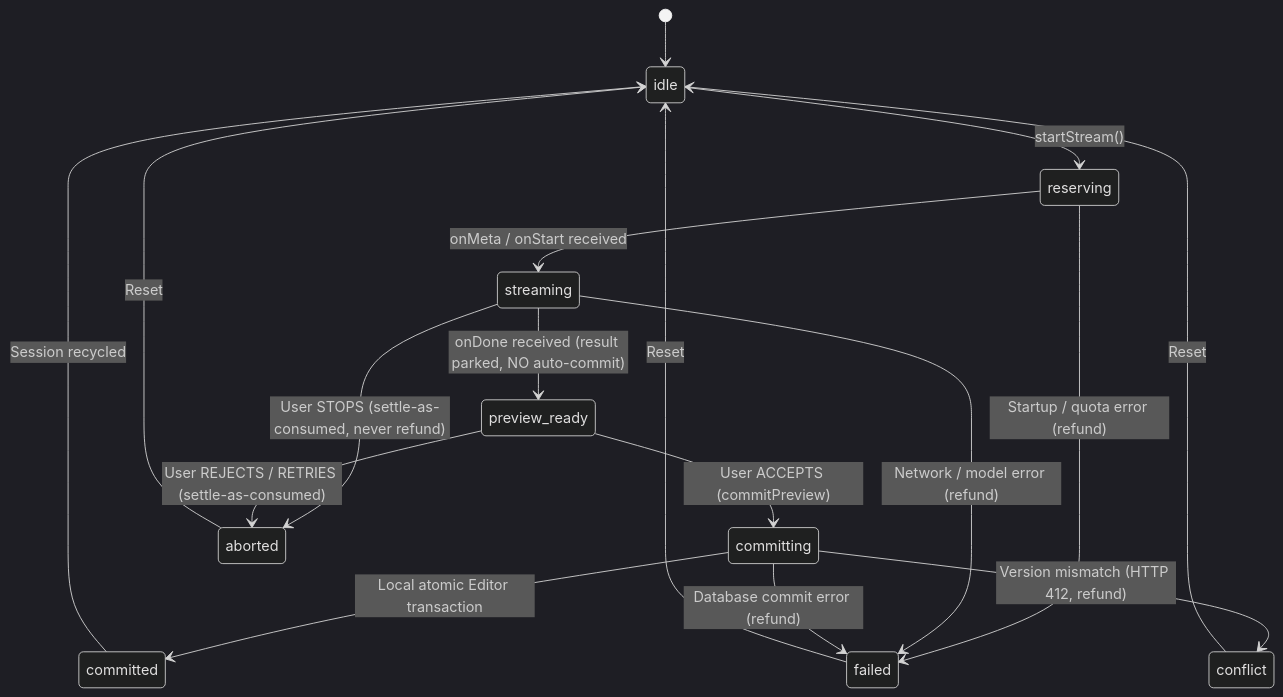
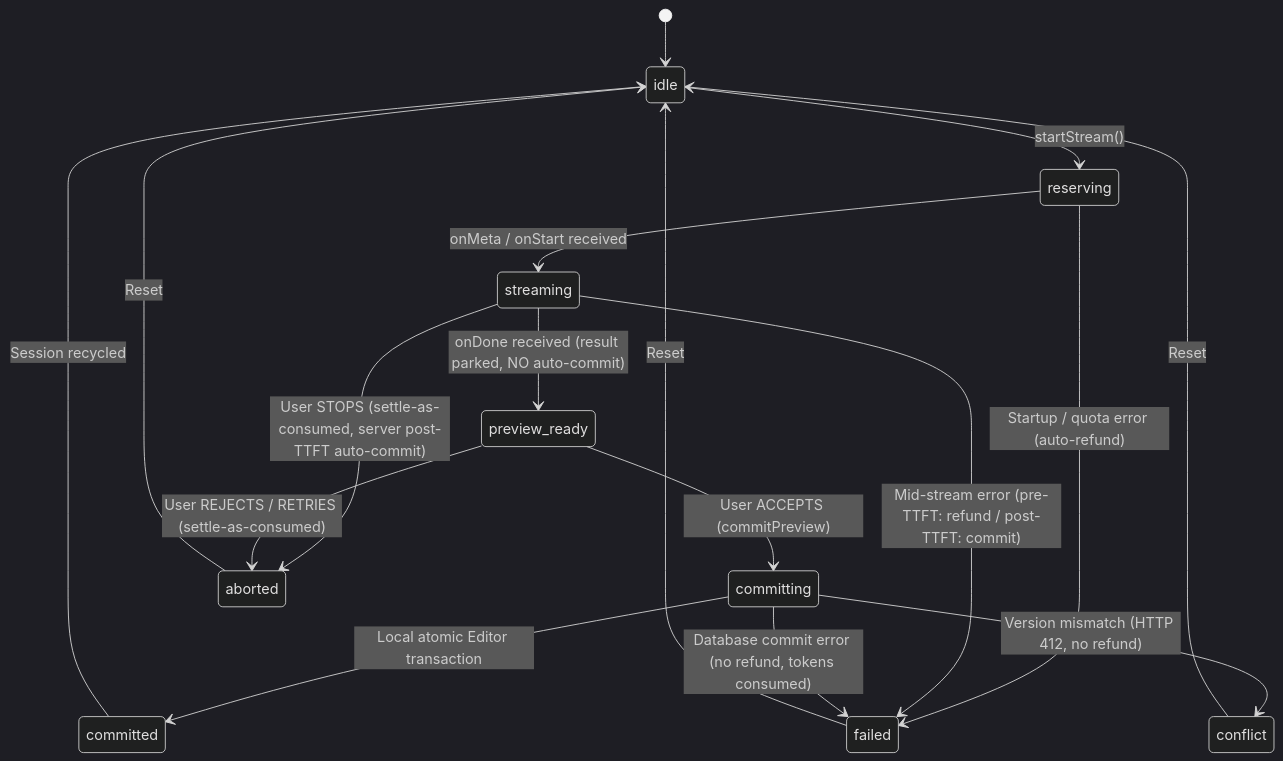
Before and after one commit to Abdullah931-stack/LUGX: the diagram in docs/architecture/ai/ai-streaming-protocol.md, drawn with Mermaid (dark theme). The commit also changed other lines of this file and 9 other files, not shown here.

````diff
--- a/docs/architecture/ai/ai-streaming-protocol.md
+++ b/docs/architecture/ai/ai-streaming-protocol.md
@@ -50,23 +50,23 @@
 ```mermaid
 stateDiagram-v2
     [*] --> idle
     idle --> reserving: startStream()
     reserving --> streaming: onMeta / onStart received
     streaming --> preview_ready: onDone received (result parked, NO auto-commit)
     preview_ready --> committing: User ACCEPTS (commitPreview)
     committing --> committed: Local atomic Editor transaction
     committed --> idle: Session recycled
 
-    streaming --> aborted: User STOPS (settle-as-consumed, never refund)
+    streaming --> aborted: User STOPS (settle-as-consumed, server post-TTFT auto-commit)
     preview_ready --> aborted: User REJECTS / RETRIES (settle-as-consumed)
 
-    reserving --> failed: Startup / quota error (refund)
-    streaming --> failed: Network / model error (refund)
-    committing --> failed: Database commit error (refund)
+    reserving --> failed: Startup / quota error (auto-refund)
+    streaming --> failed: Mid-stream error (pre-TTFT: refund / post-TTFT: commit)
+    committing --> failed: Database commit error (no refund, tokens consumed)
 
-    committing --> conflict: Version mismatch (HTTP 412, refund)
+    committing --> conflict: Version mismatch (HTTP 412, no refund)
     
     aborted --> idle: Reset
     failed --> idle: Reset
     conflict --> idle: Reset
 ```
````
